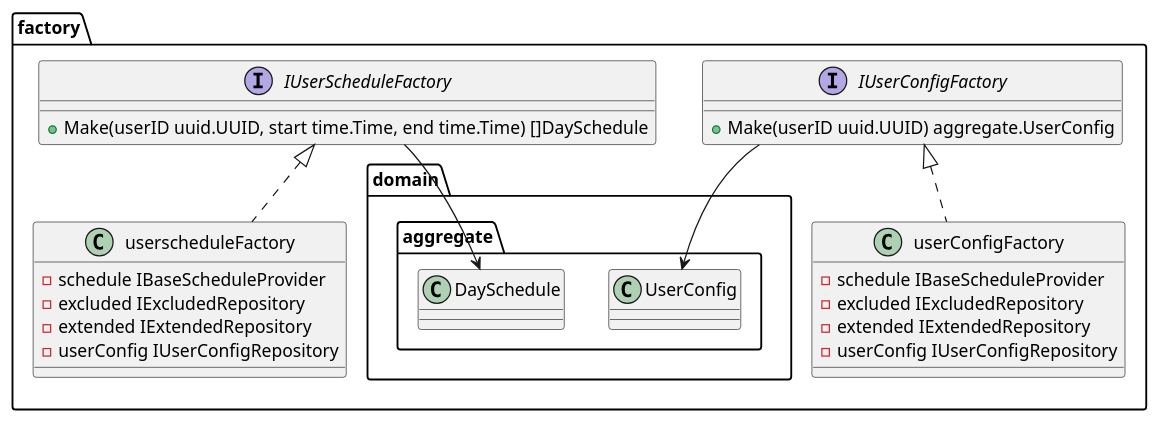
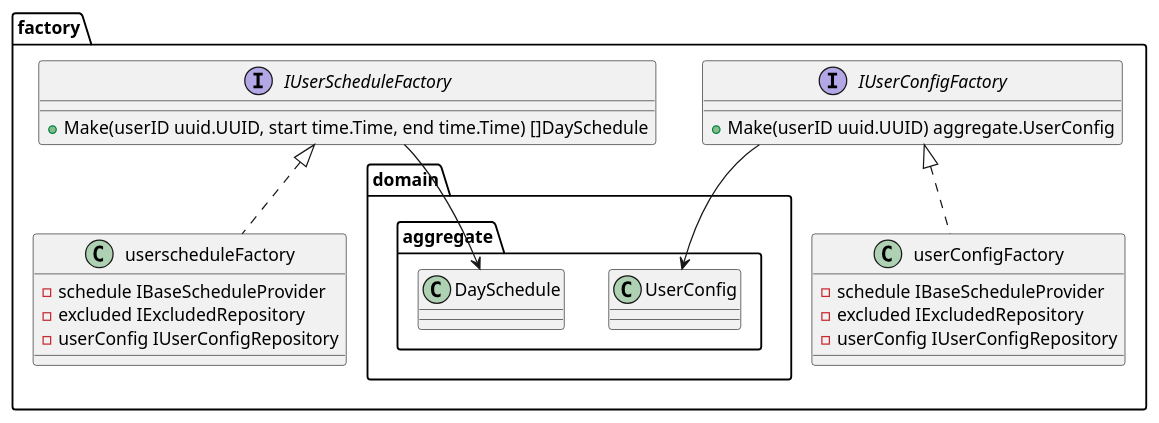
One commit to tellmeac/ExtendedSchedule changed the diagram in ExtendedSchedule/docs/factories.puml. Above: the diagram before and after it, drawn with PlantUML. The commit also changed 15 other files, not shown here.

```diff
--- a/ExtendedSchedule/docs/factories.puml
+++ b/ExtendedSchedule/docs/factories.puml
@@ -1,31 +1,29 @@
 @startuml factories
 
 namespace factory {
         interface IUserConfigFactory {
             +Make(userID uuid.UUID) aggregate.UserConfig
         }
 
         IUserConfigFactory --> domain.aggregate.UserConfig
 
         class userConfigFactory implements IUserConfigFactory {
             -schedule IBaseScheduleProvider
             -excluded IExcludedRepository
-            -extended IExtendedRepository
             -userConfig IUserConfigRepository
         }
 
         interface IUserScheduleFactory {
             +Make(userID uuid.UUID, start time.Time, end time.Time) []DaySchedule
         }
 
         IUserScheduleFactory --> domain.aggregate.DaySchedule
 
         class userscheduleFactory implements IUserScheduleFactory {
             -schedule IBaseScheduleProvider
             -excluded IExcludedRepository
-            -extended IExtendedRepository
             -userConfig IUserConfigRepository
         }
     }
 
 @enduml
```
